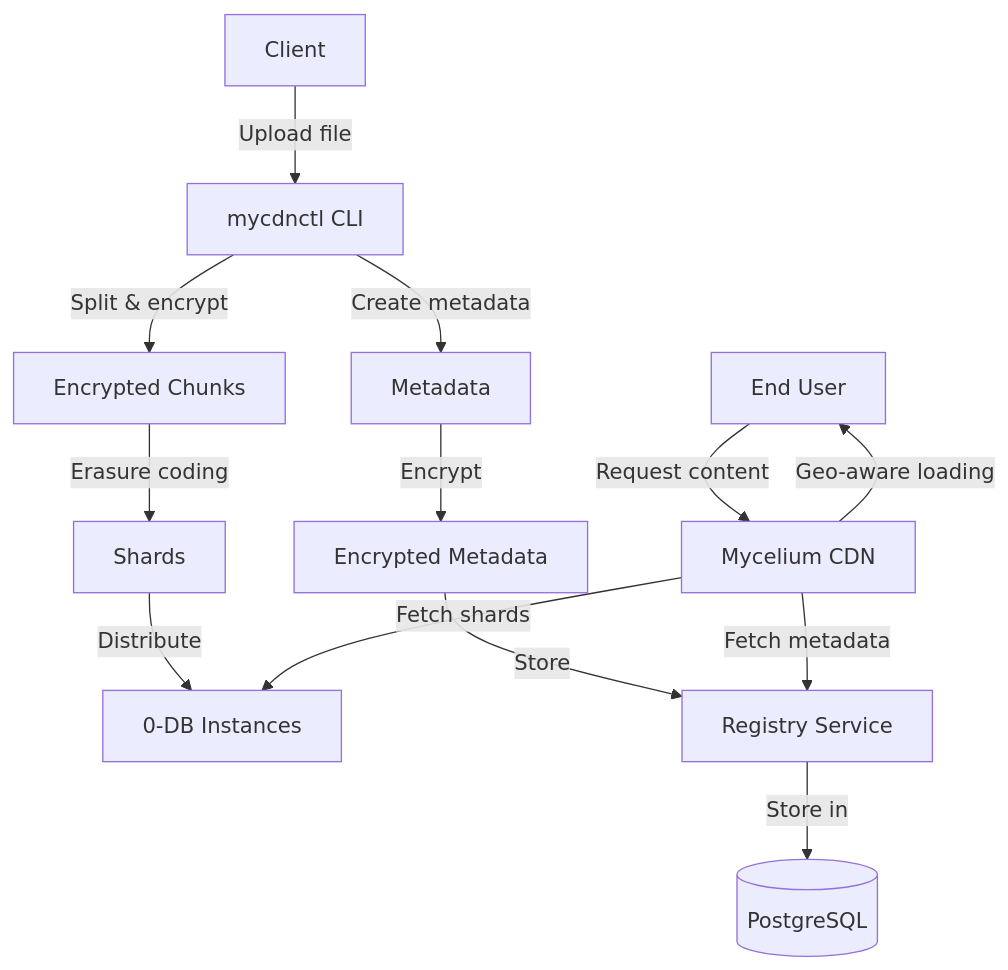
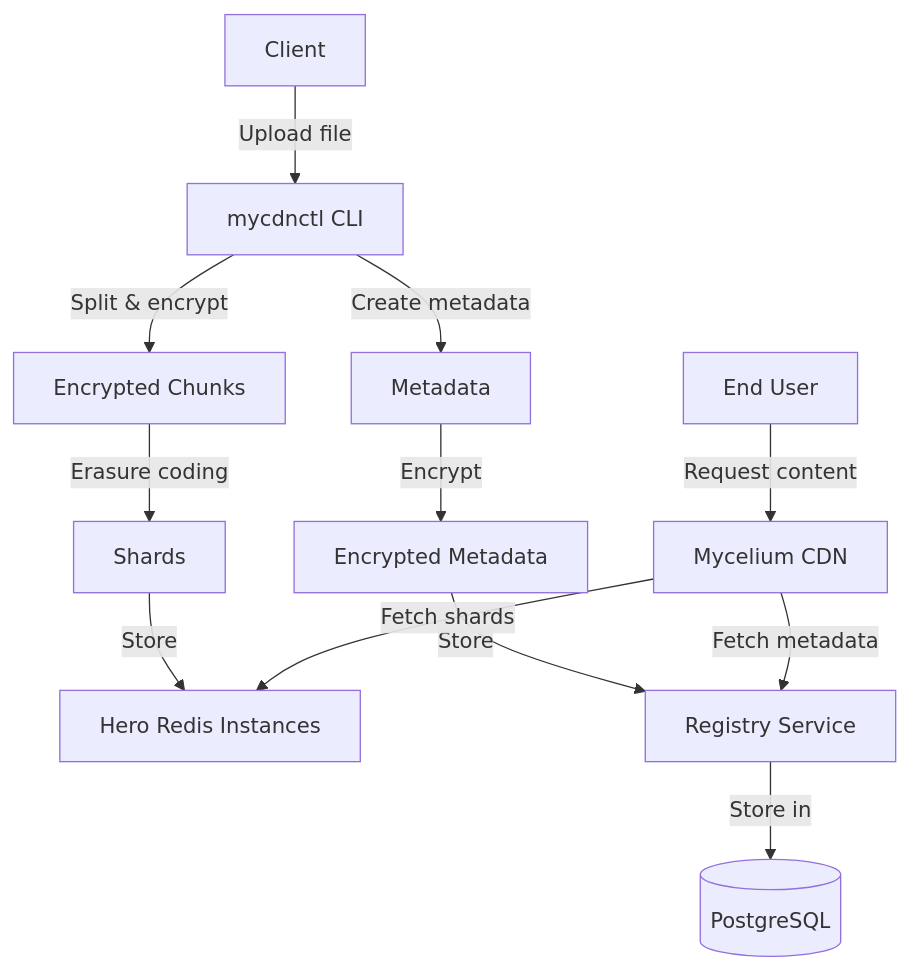
Before and after one commit to threefoldtech/mycelium-cdn-registry: the diagram in README.md, drawn with Mermaid. The commit also changed other lines of this file and 14 other files, not shown here.

Commit message:
Change 0-db implementation to hero_redis

````diff
--- a/README.md
+++ b/README.md
@@ -11,16 +21,15 @@
 ```mermaid
 graph TD
     Client[Client] -->|Upload file| mycdnctl[mycdnctl CLI]
     mycdnctl -->|Split & encrypt| Chunks[Encrypted Chunks]
     mycdnctl -->|Create metadata| Meta[Metadata]
     Chunks -->|Erasure coding| Shards[Shards]
-    Shards -->|Distribute| ZDB[0-DB Instances]
+    Shards -->|Store| HeroRedis[Hero Redis Instances]
     Meta -->|Encrypt| EncMeta[Encrypted Metadata]
     EncMeta -->|Store| Registry[Registry Service]
     Registry -->|Store in| PostgreSQL[(PostgreSQL)]
-    
+
     User[End User] -->|Request content| CDN[Mycelium CDN]
     CDN -->|Fetch metadata| Registry
-    CDN -->|Fetch shards| ZDB
-    CDN -->|Geo-aware loading| User
+    CDN -->|Fetch shards| HeroRedis
 ```
````
